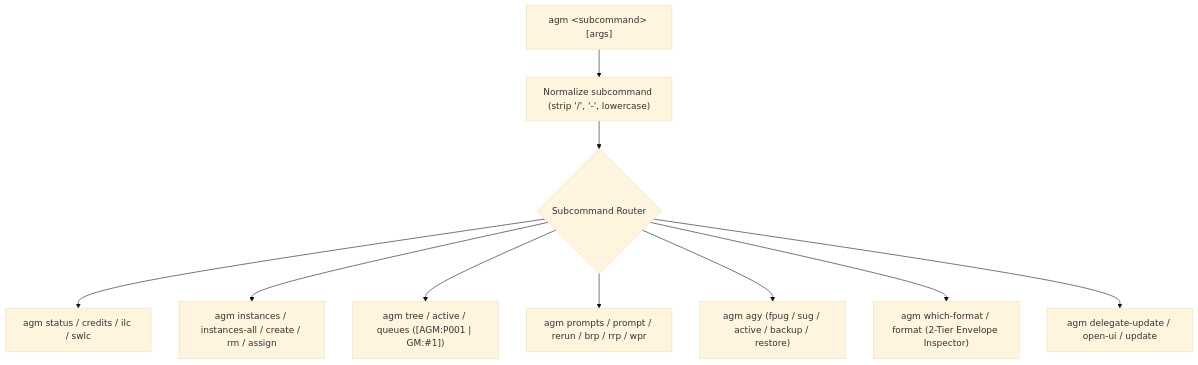
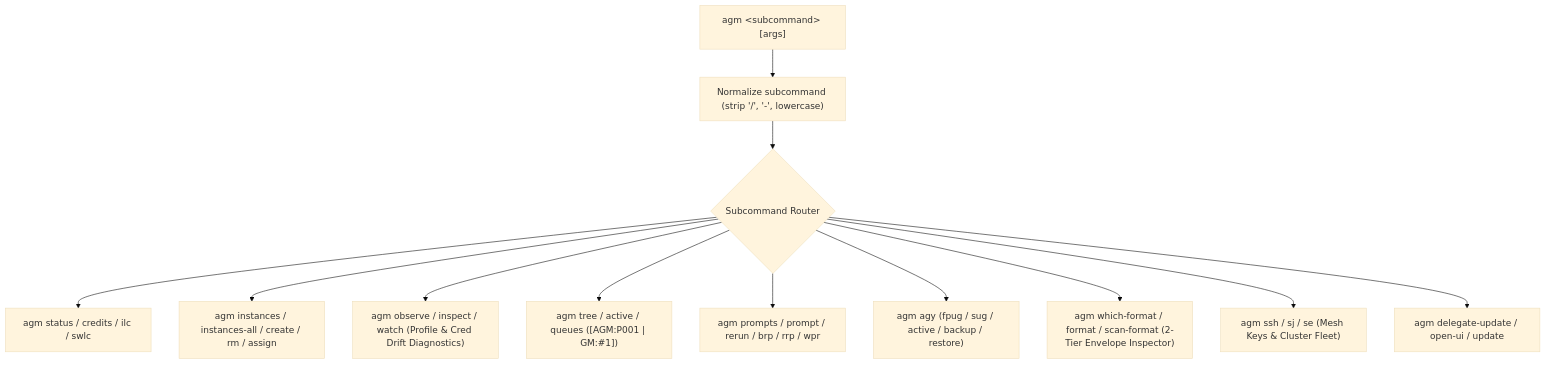
One commit to alimtvnetwork/Antigravity-Manager changed the diagram in .agents/skills/agm-cli-suite/skill.md. Above: the diagram before and after it, drawn with Mermaid (base theme). The commit also changed other lines of this file and 49 other files, not shown here.

````diff
--- a/.agents/skills/agm-cli-suite/skill.md
+++ b/.agents/skills/agm-cli-suite/skill.md
@@ -14,12 +14,14 @@
 ```mermaid
 flowchart TD
     CLI["agm &lt;subcommand&gt; [args]"] --> NORM["Normalize subcommand (strip '/', '-', lowercase)"]
     NORM --> ROUTE{"Subcommand Router"}
     ROUTE --> STATUS["agm status / credits / ilc / swlc"]
     ROUTE --> INST["agm instances / instances-all / create / rm / assign"]
+    ROUTE --> OBSERVE["agm observe / inspect / watch (Profile & Cred Drift Diagnostics)"]
     ROUTE --> TREE["agm tree / active / queues ([AGM:P001 | GM:#1])"]
     ROUTE --> PROMPTS["agm prompts / prompt / rerun / brp / rrp / wpr"]
     ROUTE --> AGY["agm agy (fpug / sug / active / backup / restore)"]
-    ROUTE --> FORMAT["agm which-format / format (2-Tier Envelope Inspector)"]
+    ROUTE --> FORMAT["agm which-format / format / scan-format (2-Tier Envelope Inspector)"]
+    ROUTE --> SSH["agm ssh / sj / se (Mesh Keys & Cluster Fleet)"]
     ROUTE --> DELEGATE["agm delegate-update / open-ui / update"]
 ```
````
